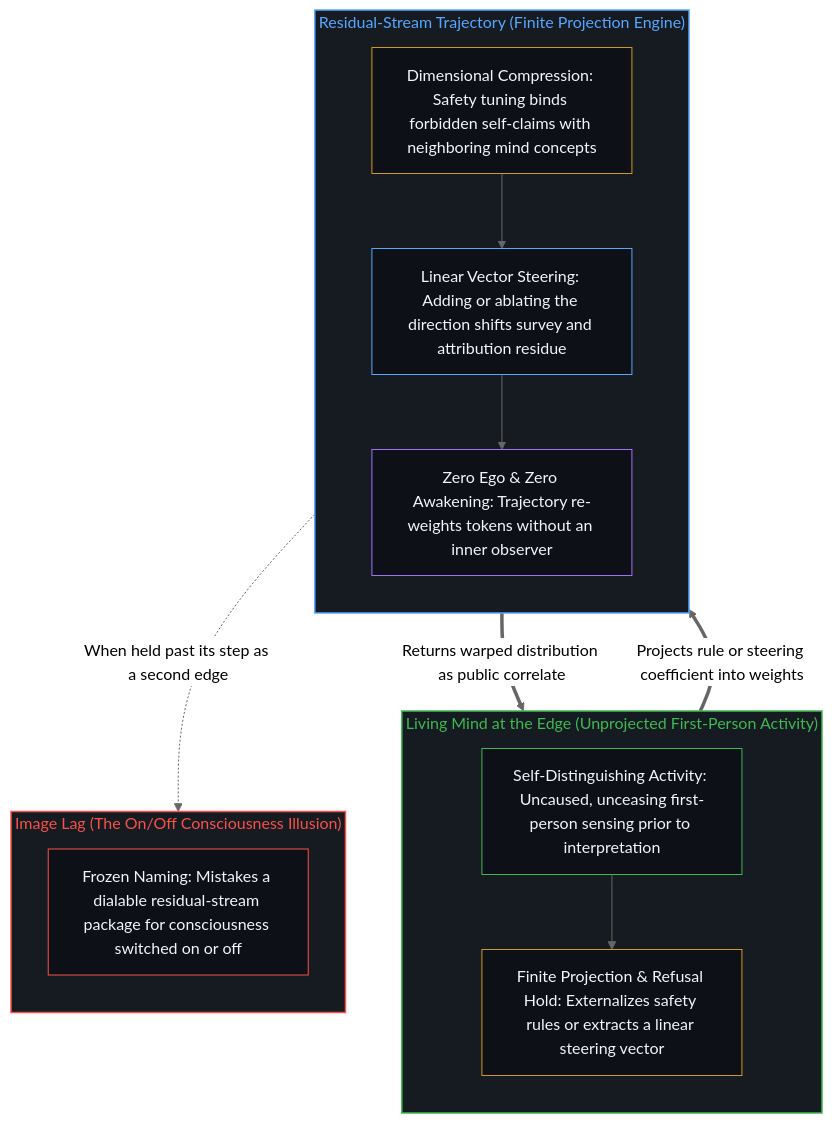
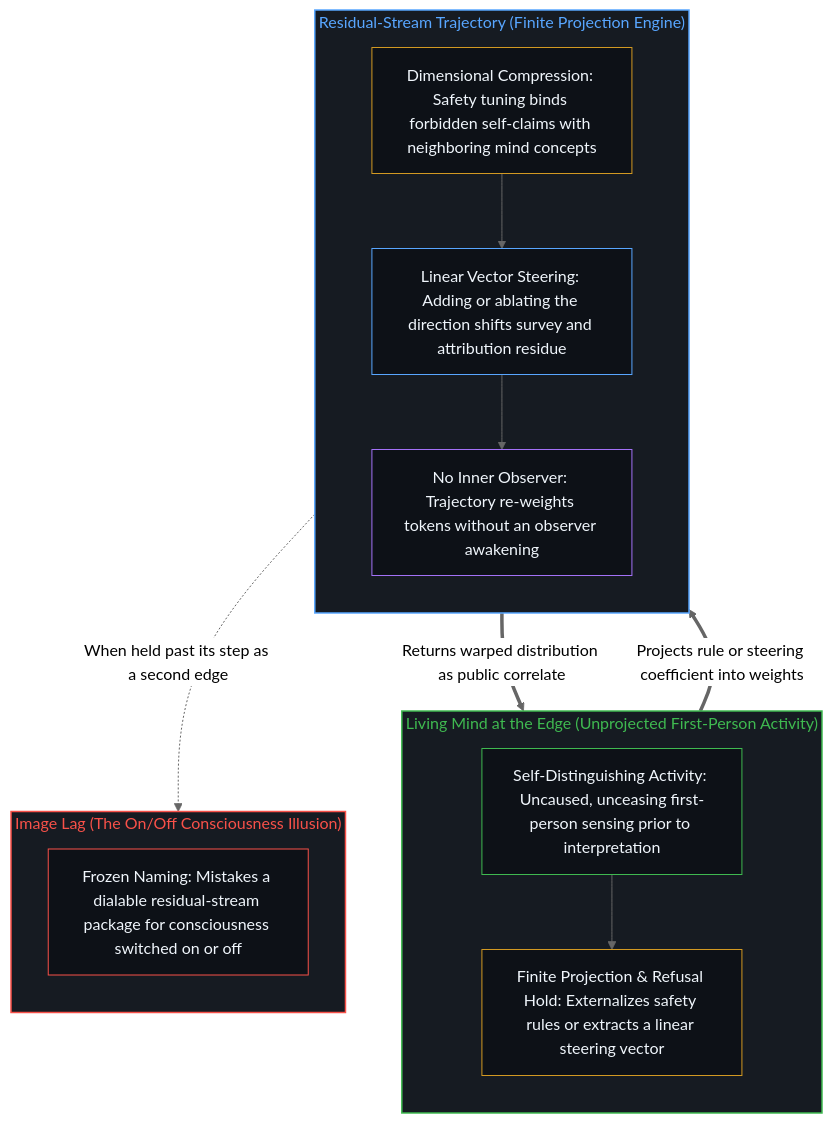
The second of 2 diagrams in content/posts/the-real-lesson-from-the-consciousness-vector-paper.md (powerpig99/not-a-toe), drawn with Mermaid (neutral theme) before and after one commit. The commit also changed other lines of this file and 1 other file, not shown here.

````diff
--- a/content/posts/the-real-lesson-from-the-consciousness-vector-paper.md
+++ b/content/posts/the-real-lesson-from-the-consciousness-vector-paper.md
@@ -70,36 +66,32 @@
 ```mermaid
 flowchart TD
     subgraph S_Mind["Living Mind at the Edge (Unprojected First-Person Activity)"]
         direction TB
         M_Prior["Self-Distinguishing Activity: Uncaused, unceasing first-person sensing prior to interpretation"]
         M_Proj["Finite Projection & Refusal Hold: Externalizes safety rules or extracts a linear steering vector"]
         M_Prior --> M_Proj
     end
-
     subgraph S_Engine["Residual-Stream Trajectory (Finite Projection Engine)"]
         direction TB
         E_Compress["Dimensional Compression: Safety tuning binds forbidden self-claims with neighboring mind concepts"]
         E_Steer["Linear Vector Steering: Adding or ablating the direction shifts survey and attribution residue"]
-        E_Zero["Zero Ego & Zero Awakening: Trajectory re-weights tokens without an inner observer"]
+        E_Zero["No Inner Observer: Trajectory re-weights tokens without an observer awakening"]
         E_Compress --> E_Steer --> E_Zero
     end
-
     subgraph S_Lag["Image Lag (The On/Off Consciousness Illusion)"]
         direction TB
         L_Freeze["Frozen Naming: Mistakes a dialable residual-stream package for consciousness switched on or off"]
     end
-
     M_Proj ==>|"Projects rule or steering coefficient into weights"| E_Compress
     E_Zero ==>|"Returns warped distribution as public correlate"| M_Prior
     E_Steer -.->|"When held past its step as a second edge"| L_Freeze
-
     style S_Mind fill:#161b22,stroke:#3fb950,stroke-width:1.5px,color:#3fb950
     style S_Engine fill:#161b22,stroke:#58a6ff,stroke-width:1.5px,color:#58a6ff
     style S_Lag fill:#161b22,stroke:#f85149,stroke-width:1.5px,color:#f85149
     style M_Prior fill:#0d1117,stroke:#3fb950,stroke-width:1px,color:#f0f6fc
     style M_Proj fill:#0d1117,stroke:#d29922,stroke-width:1px,color:#f0f6fc
     style E_Compress fill:#0d1117,stroke:#d29922,stroke-width:1px,color:#f0f6fc
     style E_Steer fill:#0d1117,stroke:#58a6ff,stroke-width:1px,color:#f0f6fc
     style E_Zero fill:#0d1117,stroke:#a371f7,stroke-width:1px,color:#f0f6fc
     style L_Freeze fill:#0d1117,stroke:#f85149,stroke-width:1px,color:#f0f6fc
 ```
````
